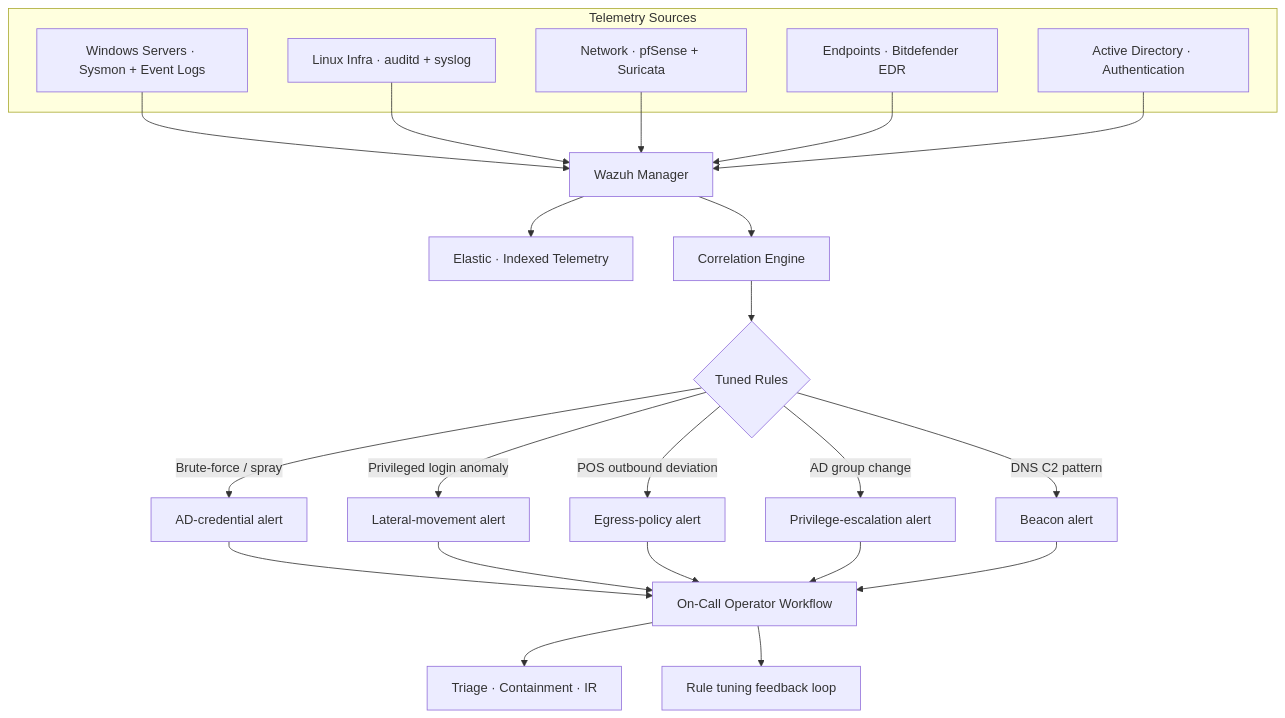
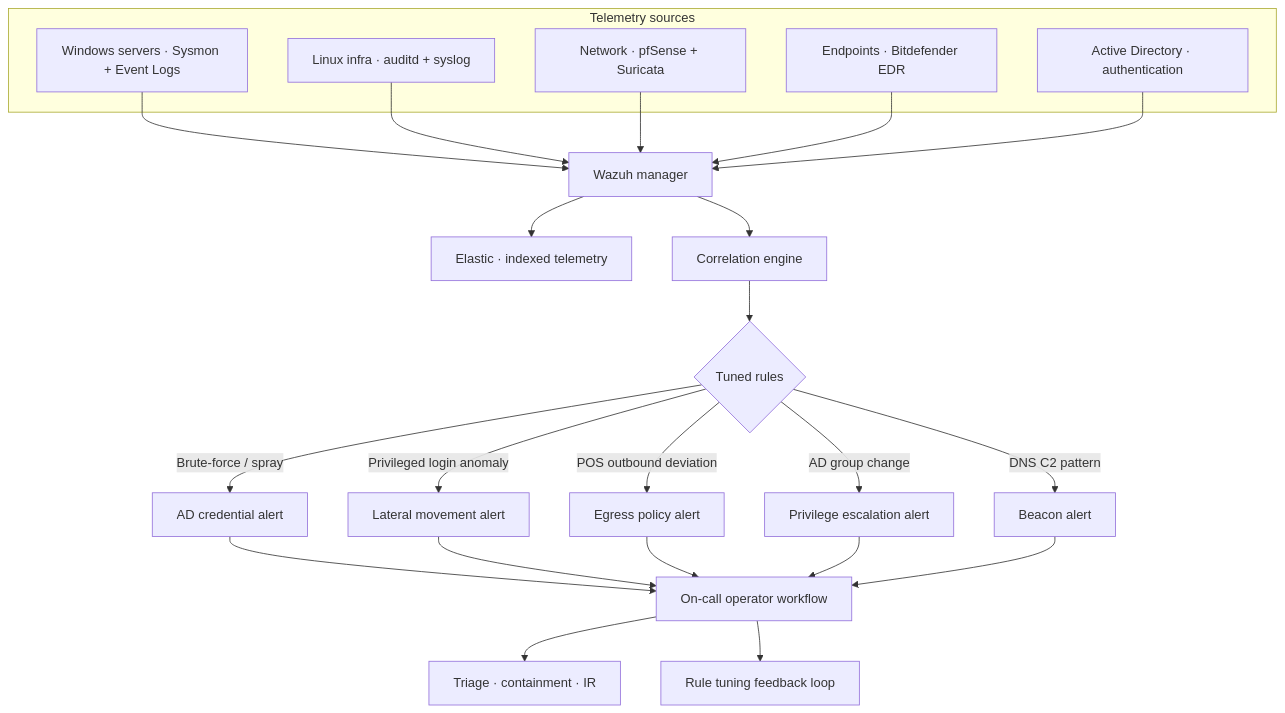
One commit to CHDevSec/portfolio changed the diagram in src/content/projects/en/wazuh-soc.mdx. Above: the diagram before and after it, drawn with Mermaid. The commit also changed other lines of this file and 169 other files, not shown here.

````diff
--- a/src/content/projects/en/wazuh-soc.mdx
+++ b/src/content/projects/en/wazuh-soc.mdx
@@ -73,35 +74,35 @@
 ```mermaid
 flowchart TB
-    subgraph Sources [Telemetry Sources]
-    A1[Windows Servers · Sysmon + Event Logs]
-    A2[Linux Infra · auditd + syslog]
+    subgraph Sources [Telemetry sources]
+    A1[Windows servers · Sysmon + Event Logs]
+    A2[Linux infra · auditd + syslog]
     A3[Network · pfSense + Suricata]
     A4[Endpoints · Bitdefender EDR]
-    A5[Active Directory · Authentication]
+    A5[Active Directory · authentication]
     end
 
-    A1 --> B[Wazuh Manager]
+    A1 --> B[Wazuh manager]
     A2 --> B
     A3 --> B
     A4 --> B
     A5 --> B
 
-    B --> C[Elastic · Indexed Telemetry]
-    B --> D[Correlation Engine]
+    B --> C[Elastic · indexed telemetry]
+    B --> D[Correlation engine]
 
-    D --> E{Tuned Rules}
-    E -->|Brute-force / spray| F[AD-credential alert]
-    E -->|Privileged login anomaly| G[Lateral-movement alert]
-    E -->|POS outbound deviation| H[Egress-policy alert]
-    E -->|AD group change| I[Privilege-escalation alert]
+    D --> E{Tuned rules}
+    E -->|Brute-force / spray| F[AD credential alert]
+    E -->|Privileged login anomaly| G[Lateral movement alert]
+    E -->|POS outbound deviation| H[Egress policy alert]
+    E -->|AD group change| I[Privilege escalation alert]
     E -->|DNS C2 pattern| J[Beacon alert]
 
-    F --> K[On-Call Operator Workflow]
+    F --> K[On-call operator workflow]
     G --> K
     H --> K
     I --> K
     J --> K
 
-    K --> L[Triage · Containment · IR]
+    K --> L[Triage · containment · IR]
     K --> M[Rule tuning feedback loop]
 ```
````
